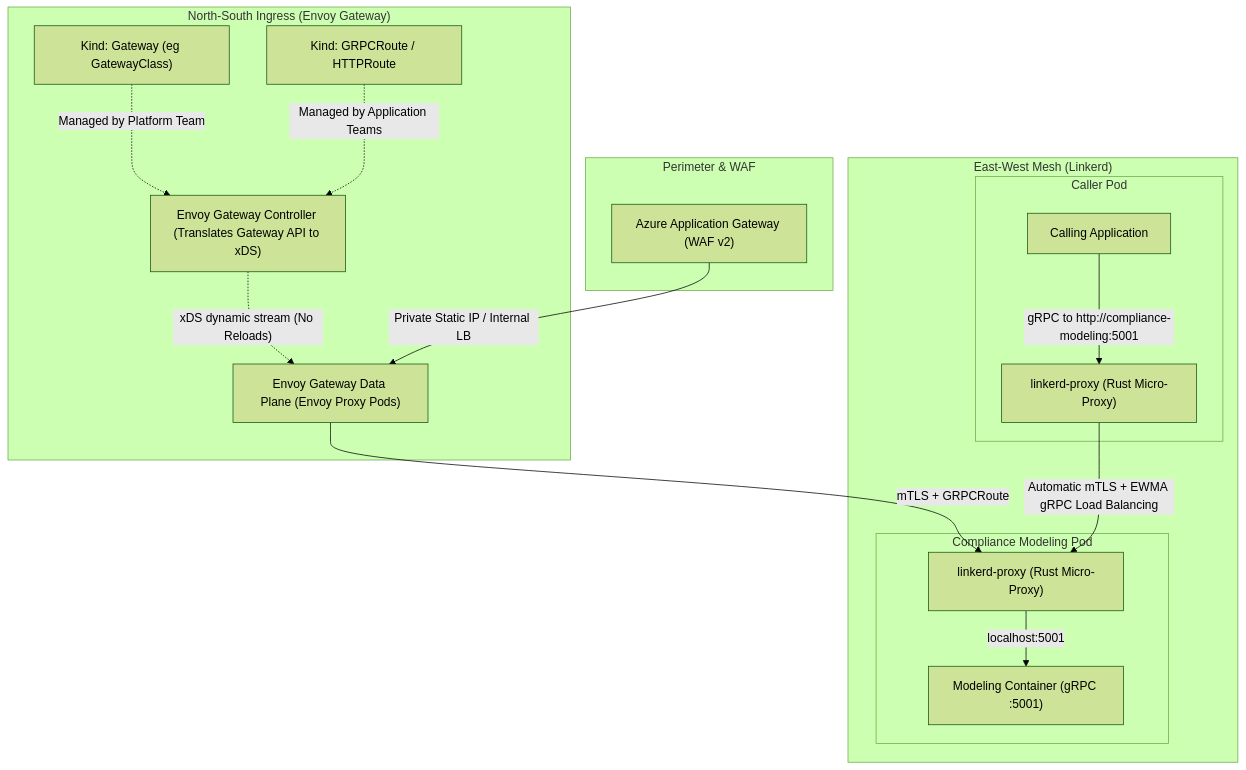
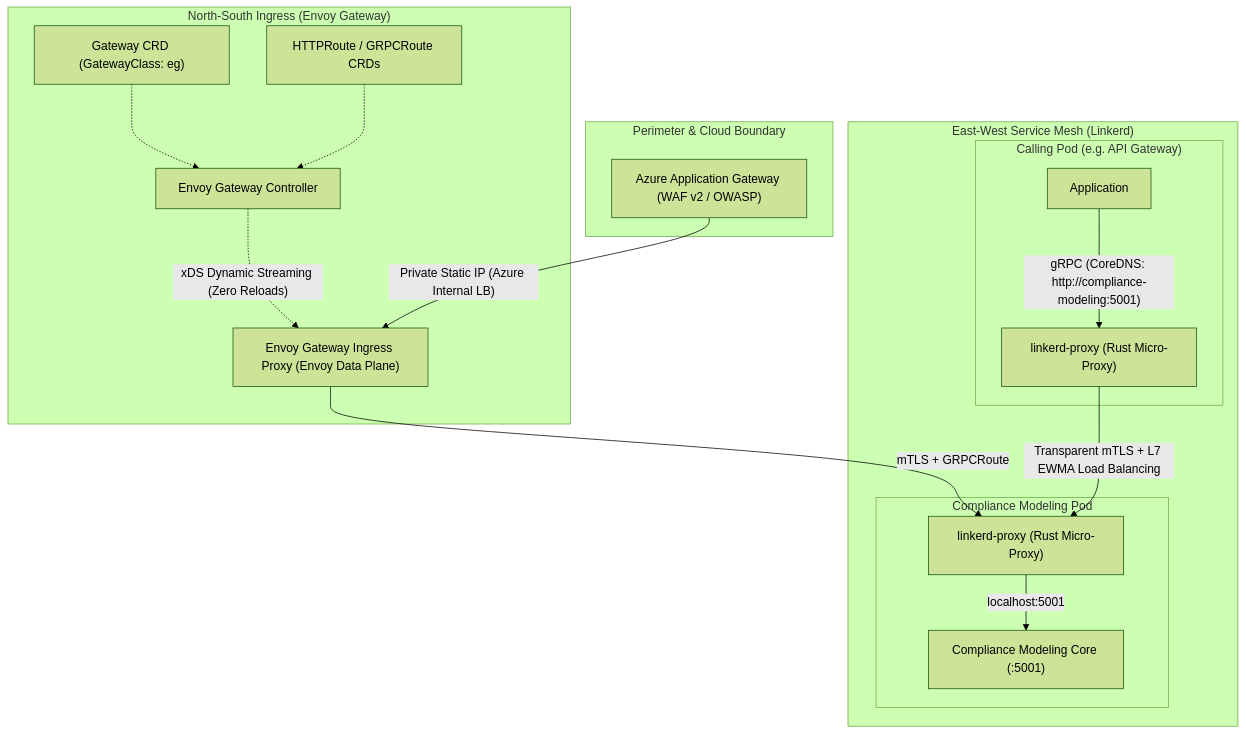
The third of 5 diagrams in solvas-stack-architecture.md (kkanapadinjaru/delivery-pulse), drawn with Mermaid (forest theme) before and after one commit. The commit also changed other lines of this file, not shown here.

First line of the commit message:
Revise Solvas Stack Architecture for modernization

````diff
--- a/solvas-stack-architecture.md
+++ b/solvas-stack-architecture.md
@@ -145,35 +168,36 @@
 ```mermaid
 flowchart TD
-    subgraph External["Perimeter & WAF"]
-        AAG["Azure Application Gateway (WAF v2)"]
+    subgraph Perimeter["Perimeter & Cloud Boundary"]
+        WAF["Azure Application Gateway (WAF v2 / OWASP)"]
     end
 
-    subgraph GatewayAPI["North-South Ingress (Envoy Gateway)"]
-        EGIngress["Envoy Gateway Data Plane (Envoy Proxy Pods)"]
-        EGController["Envoy Gateway Controller (Translates Gateway API to xDS)"]
-        GatewayCRD["Kind: Gateway (eg GatewayClass)"]
-        RoutesCRD["Kind: GRPCRoute / HTTPRoute"]
-
-        GatewayCRD -.->|"Managed by Platform Team"| EGController
-        RoutesCRD -.->|"Managed by Application Teams"| EGController
-        EGController -.->|"xDS dynamic stream (No Reloads)"| EGIngress
+    subgraph NorthSouth["North-South Ingress (Envoy Gateway)"]
+        EnvoyIngress["Envoy Gateway Ingress Proxy (Envoy Data Plane)"]
+        EGController["Envoy Gateway Controller"]
+        GatewayCRD["Gateway CRD (GatewayClass: eg)"]
+        HTTPRouteCRD["HTTPRoute / GRPCRoute CRDs"]
+        
+        GatewayCRD -.-> EGController
+        HTTPRouteCRD -.-> EGController
+        EGController -.->|"xDS Dynamic Streaming (Zero Reloads)"| EnvoyIngress
     end
 
-    subgraph Mesh["East-West Mesh (Linkerd)"]
-        subgraph CallerPod["Caller Pod"]
-            AppA["Calling Application"]
-            ProxyA["linkerd-proxy (Rust Micro-Proxy)"]
-            AppA -->|"gRPC to http://compliance-modeling:5001"| ProxyA
+    subgraph EastWest["East-West Service Mesh (Linkerd)"]
+        subgraph CallingPod["Calling Pod (e.g. API Gateway)"]
+            CallerApp["Application"]
+            ProxyCaller["linkerd-proxy (Rust Micro-Proxy)"]
+            CallerApp -->|"gRPC (CoreDNS: http://compliance-modeling:5001)"| ProxyCaller
         end
 
-        subgraph TargetPod["Compliance Modeling Pod"]
-            ProxyB["linkerd-proxy (Rust Micro-Proxy)"]
-            AppB["Modeling Container (gRPC :5001)"]
-            ProxyB -->|"localhost:5001"| AppB
+        subgraph ModelingPod["Compliance Modeling Pod"]
+            ProxyModeling["linkerd-proxy (Rust Micro-Proxy)"]
+            ModelingApp["Compliance Modeling Core (:5001)"]
+            
+            ProxyModeling -->|"localhost:5001"| ModelingApp
         end
     end
 
-    AAG -->|"Private Static IP / Internal LB"| EGIngress
-    EGIngress -->|"mTLS + GRPCRoute"| ProxyB
-    ProxyA -->|"Automatic mTLS + EWMA gRPC Load Balancing"| ProxyB
+    WAF -->|"Private Static IP (Azure Internal LB)"| EnvoyIngress
+    EnvoyIngress -->|"mTLS + GRPCRoute"| ProxyModeling
+    ProxyCaller -->|"Transparent mTLS + L7 EWMA Load Balancing"| ProxyModeling
 ```
````
